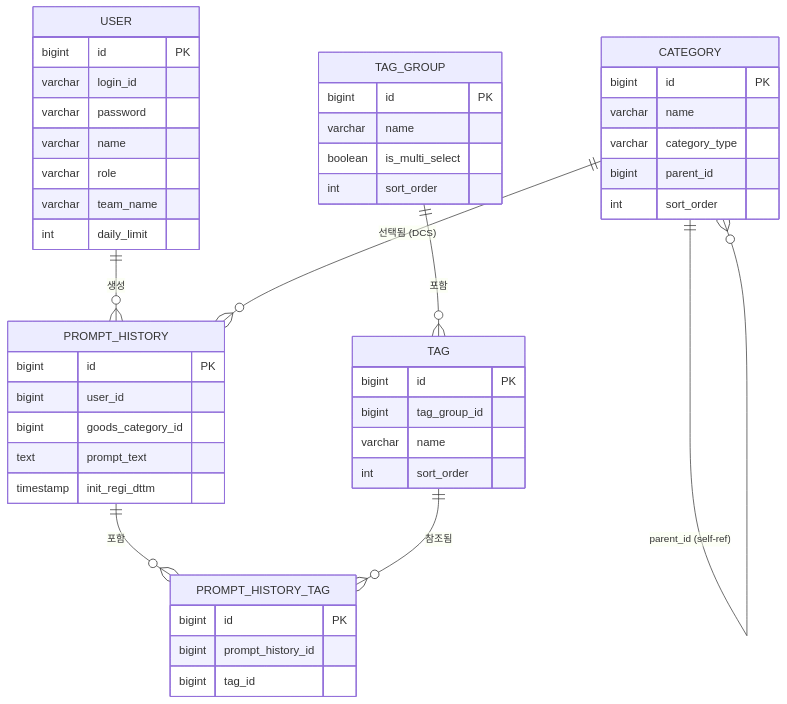
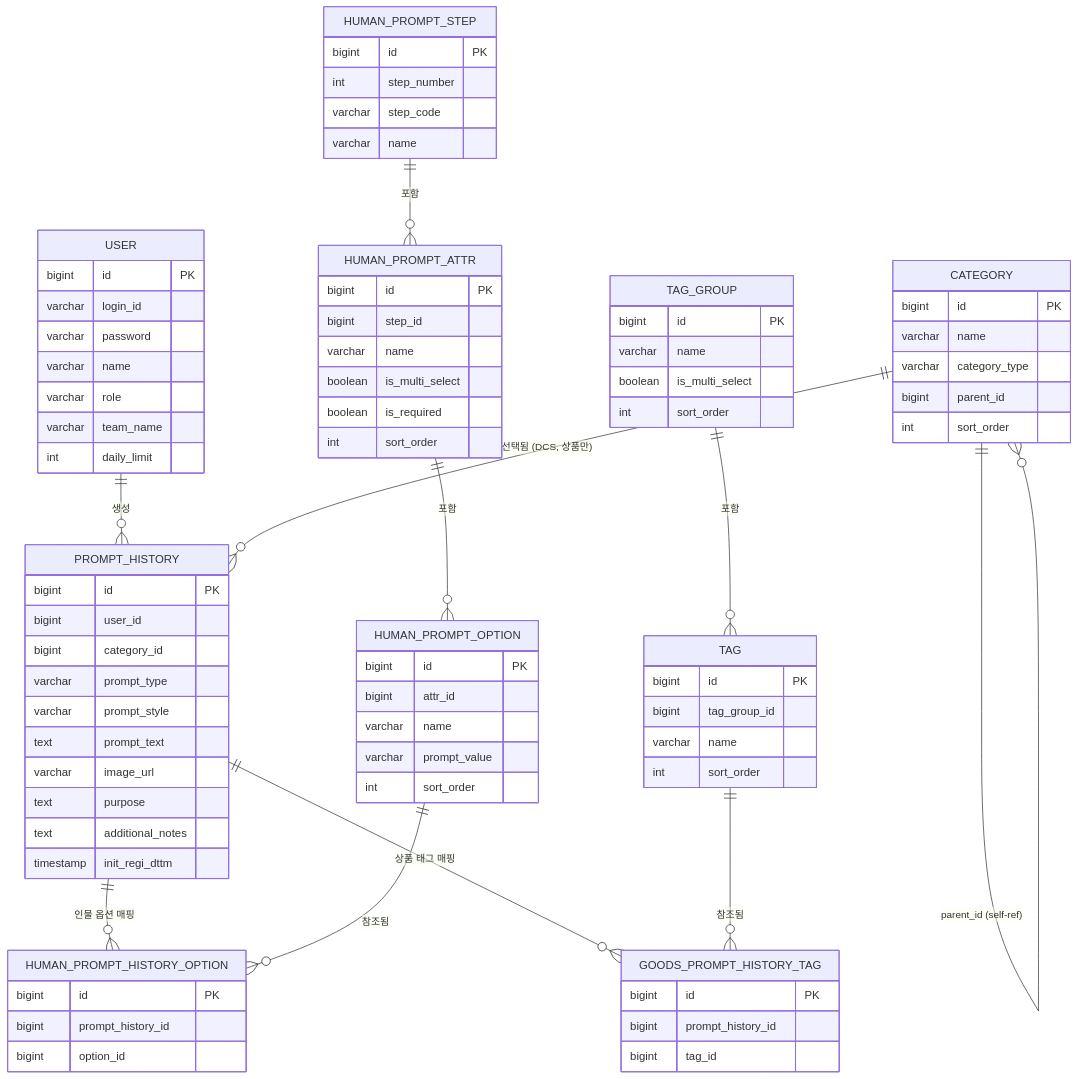
One commit to fwangjuwon/creative-studio-bo changed the diagram in docs/erd.md. Above: the diagram before and after it, drawn with Mermaid. The commit also changed other lines of this file and 17 other files, not shown here.

````diff
--- a/docs/erd.md
+++ b/docs/erd.md
@@ -191,21 +213,60 @@
     PROMPT_HISTORY {
         bigint id PK
         bigint user_id
-        bigint goods_category_id
+        bigint category_id
+        varchar prompt_type
+        varchar prompt_style
         text prompt_text
+        varchar image_url
+        text purpose
+        text additional_notes
         timestamp init_regi_dttm
     }
 
-    PROMPT_HISTORY_TAG {
+    GOODS_PROMPT_HISTORY_TAG {
         bigint id PK
         bigint prompt_history_id
         bigint tag_id
     }
 
+    HUMAN_PROMPT_HISTORY_OPTION {
+        bigint id PK
+        bigint prompt_history_id
+        bigint option_id
+    }
+
+    HUMAN_PROMPT_STEP {
+        bigint id PK
+        int step_number
+        varchar step_code
+        varchar name
+    }
+
+    HUMAN_PROMPT_ATTR {
+        bigint id PK
+        bigint step_id
+        varchar name
+        boolean is_multi_select
+        boolean is_required
+        int sort_order
+    }
+
+    HUMAN_PROMPT_OPTION {
+        bigint id PK
+        bigint attr_id
+        varchar name
+        varchar prompt_value
+        int sort_order
+    }
+
     USER ||--o{ PROMPT_HISTORY : "생성"
-    CATEGORY ||--o{ PROMPT_HISTORY : "선택됨 (DCS)"
+    CATEGORY ||--o{ PROMPT_HISTORY : "선택됨 (DCS, 상품만)"
     CATEGORY ||--o{ CATEGORY : "parent_id (self-ref)"
     TAG_GROUP ||--o{ TAG : "포함"
-    PROMPT_HISTORY ||--o{ PROMPT_HISTORY_TAG : "포함"
-    TAG ||--o{ PROMPT_HISTORY_TAG : "참조됨"
+    PROMPT_HISTORY ||--o{ GOODS_PROMPT_HISTORY_TAG : "상품 태그 매핑"
+    TAG ||--o{ GOODS_PROMPT_HISTORY_TAG : "참조됨"
+    PROMPT_HISTORY ||--o{ HUMAN_PROMPT_HISTORY_OPTION : "인물 옵션 매핑"
+    HUMAN_PROMPT_OPTION ||--o{ HUMAN_PROMPT_HISTORY_OPTION : "참조됨"
+    HUMAN_PROMPT_STEP ||--o{ HUMAN_PROMPT_ATTR : "포함"
+    HUMAN_PROMPT_ATTR ||--o{ HUMAN_PROMPT_OPTION : "포함"
 ```
````
